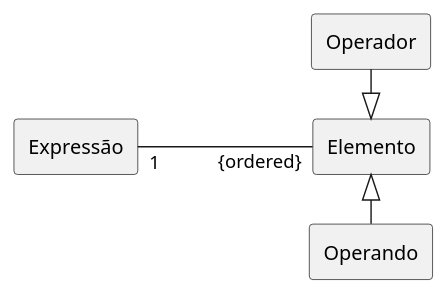
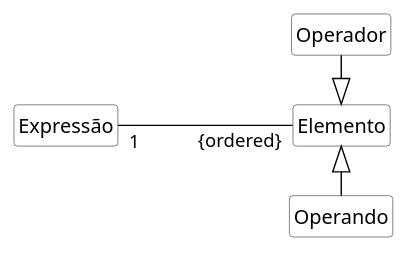
One commit to kyriosdata/oo changed the diagram in imagens/modelos-07/mod07ima19/mod07ima19.plantuml. Above: the diagram before and after it, drawn with PlantUML. The commit also changed 10 other files, not shown here.

```diff
--- a/imagens/modelos-07/mod07ima19/mod07ima19.plantuml
+++ b/imagens/modelos-07/mod07ima19/mod07ima19.plantuml
@@ -1,10 +1,20 @@
 @startuml mod07ima19
-rectangle "Expressão" as ex
-rectangle "Elemento" as el
-rectangle "Operador" as op
-rectangle "Operando" as on
+hide circle
+hide methods
+hide empty members
+
+skinparam class {
+    BackgroundColor White
+    ArrowColor Black
+    BorderColor #505050
+}
+
+class "Expressão" as ex
+class "Elemento" as el
+class "Operador" as op
+class "Operando" as on
 left to right direction
 ex "1"---"{ordered}" el
 op -right-|> el
 on -left-|> el
 @enduml
```
